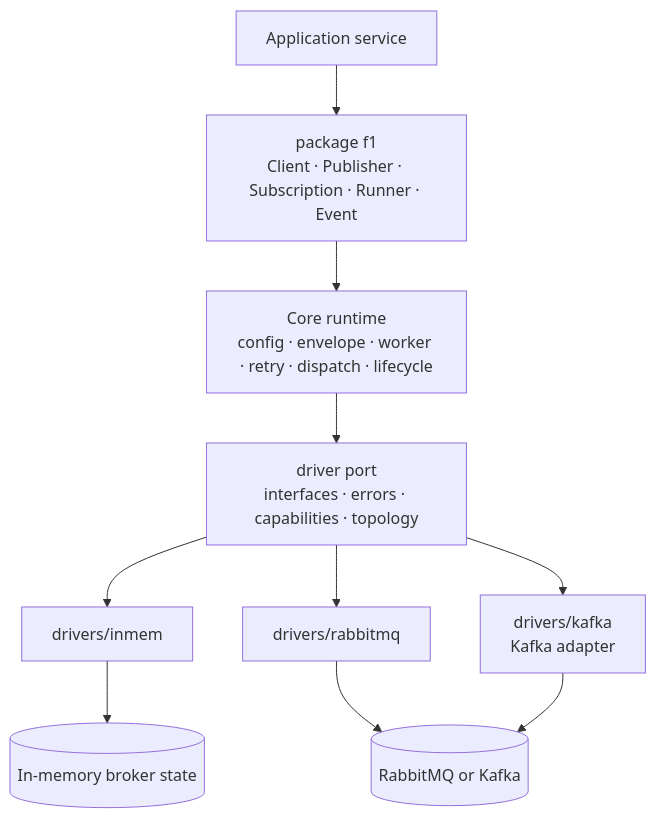
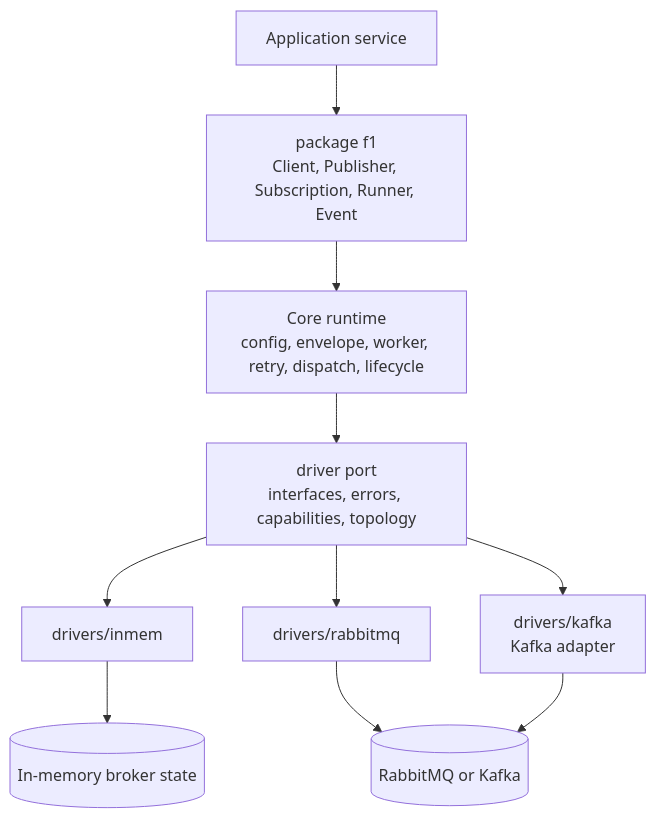
Before and after one commit to bktrung/edm_sdk: the first of 3 diagrams in docs/runtime-overview.md, drawn with Mermaid. The commit also changed other lines of this file and 35 other files, not shown here.

````diff
--- a/docs/runtime-overview.md
+++ b/docs/runtime-overview.md
@@ -5,18 +5,18 @@
 ```mermaid
 flowchart TB
     APP[Application service]
-    API[package f1\nClient · Publisher · Subscription · Runner · Event]
-    CORE[Core runtime\nconfig · envelope · worker · retry · dispatch · lifecycle]
-    PORT[driver port\ninterfaces · errors · capabilities · topology]
+    API[package f1<br/>Client, Publisher, Subscription, Runner, Event]
+    CORE[Core runtime<br/>config, envelope, worker, retry, dispatch, lifecycle]
+    PORT[driver port<br/>interfaces, errors, capabilities, topology]
     INMEM[drivers/inmem]
     RMQ[drivers/rabbitmq]
-    KAFKA[drivers/kafka\nKafka adapter]
+    KAFKA[drivers/kafka<br/>Kafka adapter]
     BROKER[(RabbitMQ or Kafka)]
 
     APP --> API --> CORE --> PORT
     PORT --> INMEM
     PORT --> RMQ --> BROKER
     PORT --> KAFKA
     KAFKA --> BROKER
     INMEM --> MEM[(In-memory broker state)]
 ```
````
